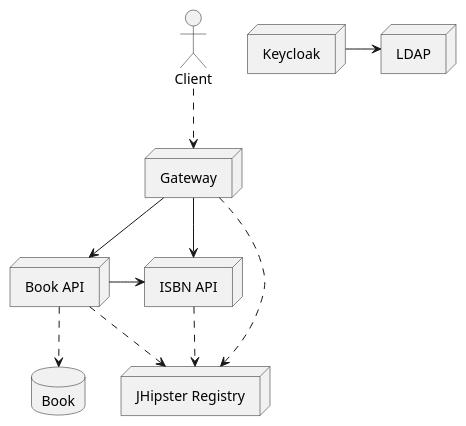
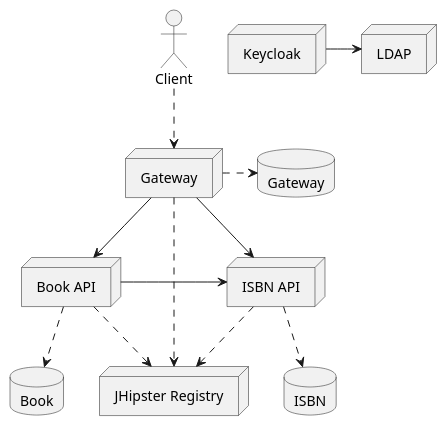
Before and after one commit to clevercloud-jhipster/jhipster-clever-guide: the diagram in architecture.puml, drawn with PlantUML.

Commit message:
adding diagram

```diff
--- a/architecture.puml
+++ b/architecture.puml
@@ -1,25 +1,31 @@
 @startuml
 
 database Book as dbbook
+database Gateway as dbgateway
+database ISBN as dbisbn
+
 actor Client as client
 node Gateway as gateway
 node "Book API" as book
 node "ISBN API" as isbn
 node Keycloak as key
 node "JHipster Registry" as registry
 node LDAP as ldap
 
 gateway -.> registry
 book -.> registry
 isbn -.> registry
 
 book -.> dbbook
+isbn -.> dbisbn
+gateway .> dbgateway
+
 book -> isbn
 
 client -.> gateway
 gateway -> book
 gateway --> isbn
 
 key -> ldap
 
 @enduml
```
